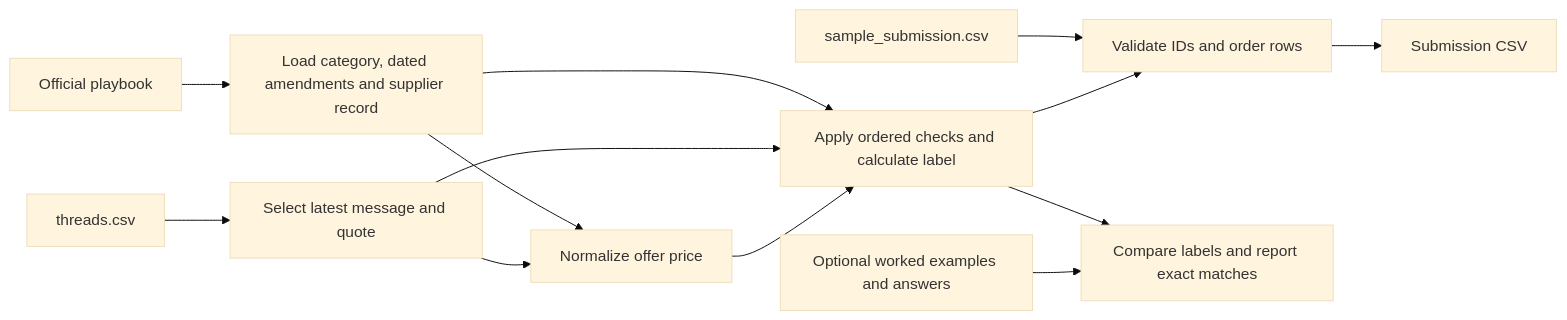
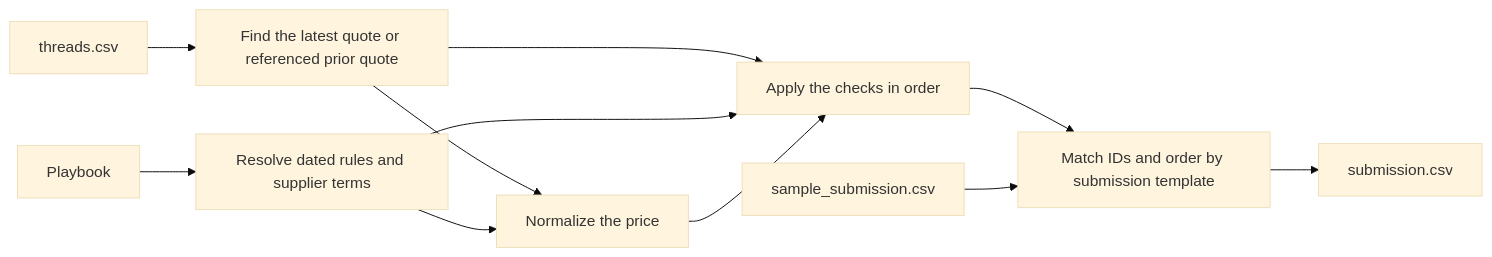
The diagram in README.md (Anas-git007/parallel-minds-procurement-desk), drawn with Mermaid (base theme) before and after one commit. The commit also changed other lines of this file, not shown here.

````diff
--- a/README.md
+++ b/README.md
@@ -43,15 +39,13 @@
 ```mermaid
 flowchart LR
-    A["threads.csv"] --> B["Select latest message and quote"]
-    P["Official playbook"] --> C["Load category, dated amendments and supplier record"]
-    B --> D["Normalize offer price"]
+    A["threads.csv"] --> B["Find the latest quote or referenced prior quote"]
+    P["Playbook"] --> C["Resolve dated rules and supplier terms"]
+    B --> D["Normalize the price"]
     C --> D
-    D --> E["Apply ordered checks and calculate label"]
-    B --> E
+    B --> E["Apply the checks in order"]
     C --> E
-    E --> F["Validate IDs and order rows"]
+    D --> E
+    E --> F["Match IDs and order by submission template"]
     S["sample_submission.csv"] --> F
-    F --> G["Submission CSV"]
-    X["Optional worked examples and answers"] --> V["Compare labels and report exact matches"]
-    E --> V
+    F --> G["submission.csv"]
 ```
````
